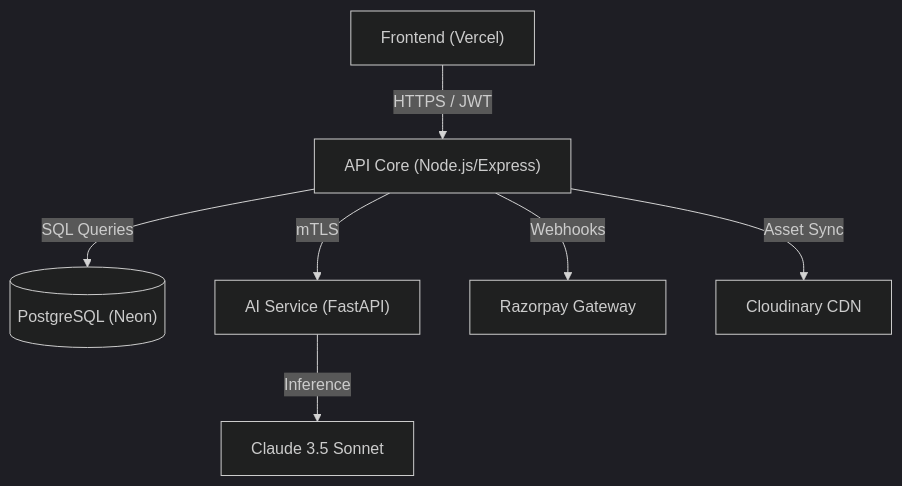
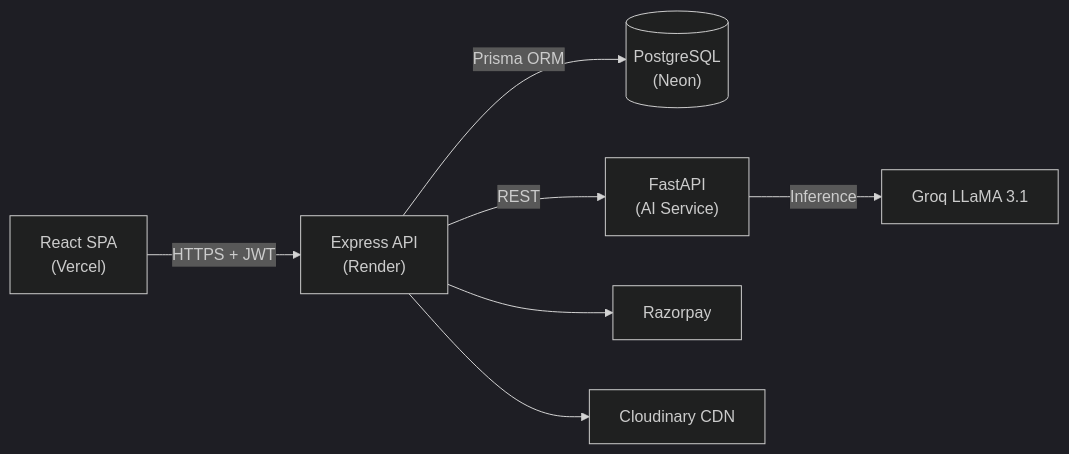
One commit to gitxpriyanshu/AlphaPowerZone---APZ changed the first of 2 diagrams in README.md. Above: the diagram before and after it, drawn with Mermaid (dark theme). The commit also changed other lines of this file, not shown here.

````diff
--- a/README.md
+++ b/README.md
@@ -44,9 +58,9 @@
 ```mermaid
-graph TD
-    A["Frontend (Vercel)"] -- "HTTPS / JWT" --> B["API Core (Node.js/Express)"]
-    B -- "SQL Queries" --> C[("PostgreSQL (Neon)")]
-    B -- "mTLS" --> D["AI Service (FastAPI)"]
-    D -- "Inference" --> E["Claude 3.5 Sonnet"]
-    B -- "Webhooks" --> F["Razorpay Gateway"]
-    B -- "Asset Sync" --> G["Cloudinary CDN"]
+graph LR
+    A["React SPA\n(Vercel)"] -- "HTTPS + JWT" --> B["Express API\n(Render)"]
+    B -- "Prisma ORM" --> C[("PostgreSQL\n(Neon)")]
+    B -- "REST" --> D["FastAPI\n(AI Service)"]
+    D -- "Inference" --> E["Groq LLaMA 3.1"]
+    B --> F["Razorpay"]
+    B --> G["Cloudinary CDN"]
 ```
````
